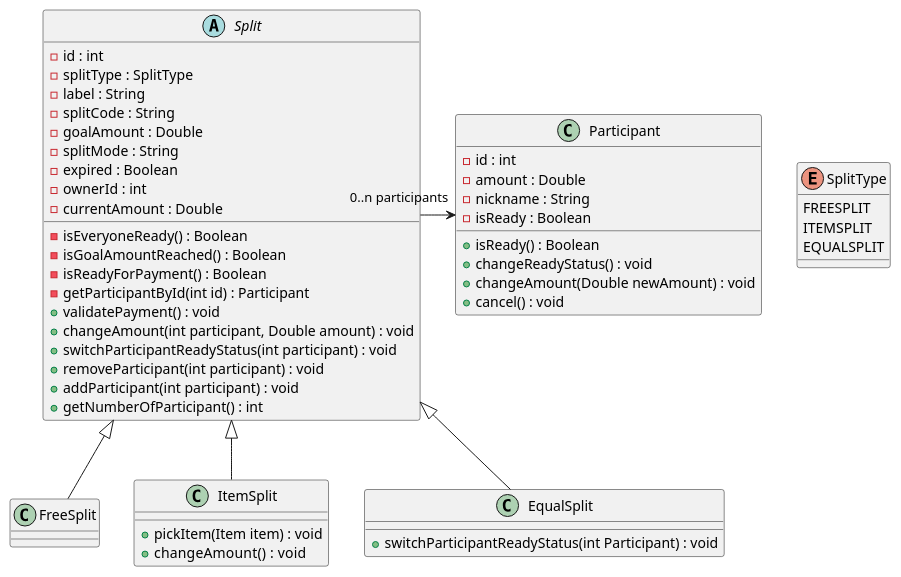
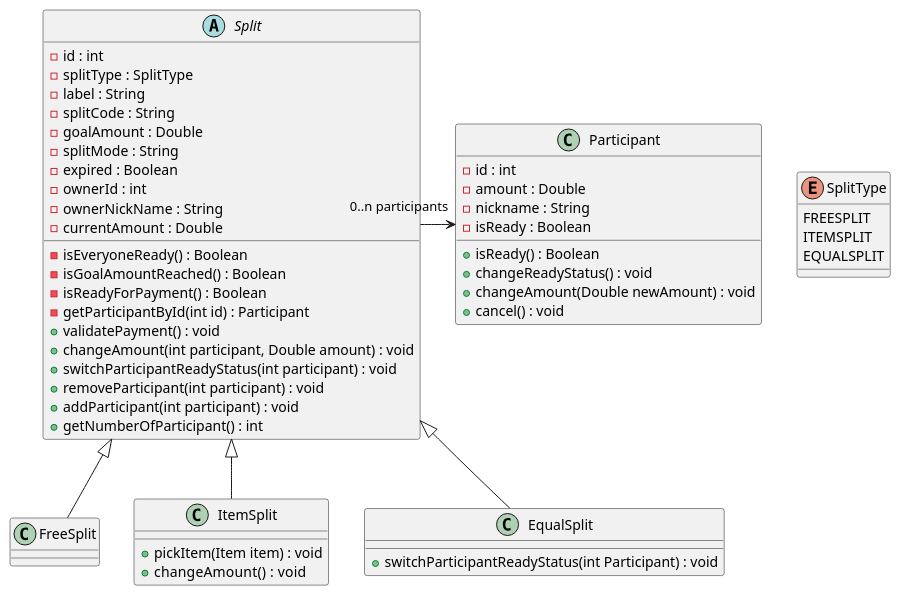
One commit to Julien-Wiegandt/SplitPay changed the diagram in documentation/software_design/manage_split_participation/split_class_diagram.puml. Above: the diagram before and after it, drawn with PlantUML. The commit also changed 17 other files, not shown here.

```diff
--- a/documentation/software_design/manage_split_participation/split_class_diagram.puml
+++ b/documentation/software_design/manage_split_participation/split_class_diagram.puml
@@ -1,59 +1,60 @@
 @startuml
 
 abstract class Split {
     - id : int
     - splitType : SplitType
     - label : String
     - splitCode : String
     - goalAmount : Double
     - splitMode : String
     - expired : Boolean
     - isEveryoneReady() : Boolean
     - isGoalAmountReached() : Boolean
     - isReadyForPayment() : Boolean
     - getParticipantById(int id) : Participant
     - ownerId : int
+    - ownerNickName : String
     - currentAmount : Double
     + validatePayment() : void
     + changeAmount(int participant, Double amount) : void
     + switchParticipantReadyStatus(int participant) : void
     + removeParticipant(int participant) : void
     + addParticipant(int participant) : void
     + getNumberOfParticipant() : int
 }
 
 class Participant {
     - id : int
     - amount : Double
     - nickname : String
     - isReady : Boolean
     + isReady() : Boolean
     + changeReadyStatus() : void
     + changeAmount(Double newAmount) : void
     + cancel() : void
 }
 
 class FreeSplit{
 }
 
 class ItemSplit{
     + pickItem(Item item) : void
     + changeAmount() :  void
 }
 
 class EqualSplit{
     + switchParticipantReadyStatus(int Participant) : void
 }
 
 enum SplitType{
     FREESPLIT
     ITEMSPLIT
     EQUALSPLIT
 }
 
 Split -right-> "0..n participants" Participant
 FreeSplit -up-|> Split
 ItemSplit -up-|> Split
 EqualSplit -up-|> Split
 
 @enduml
```
